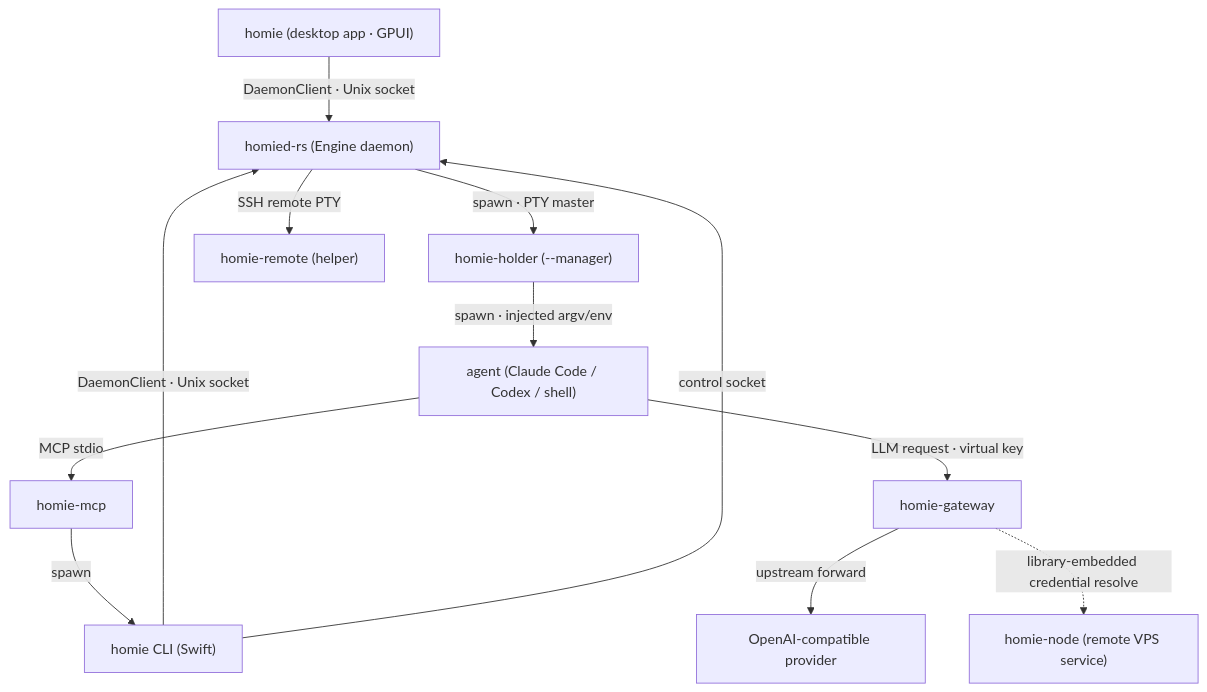
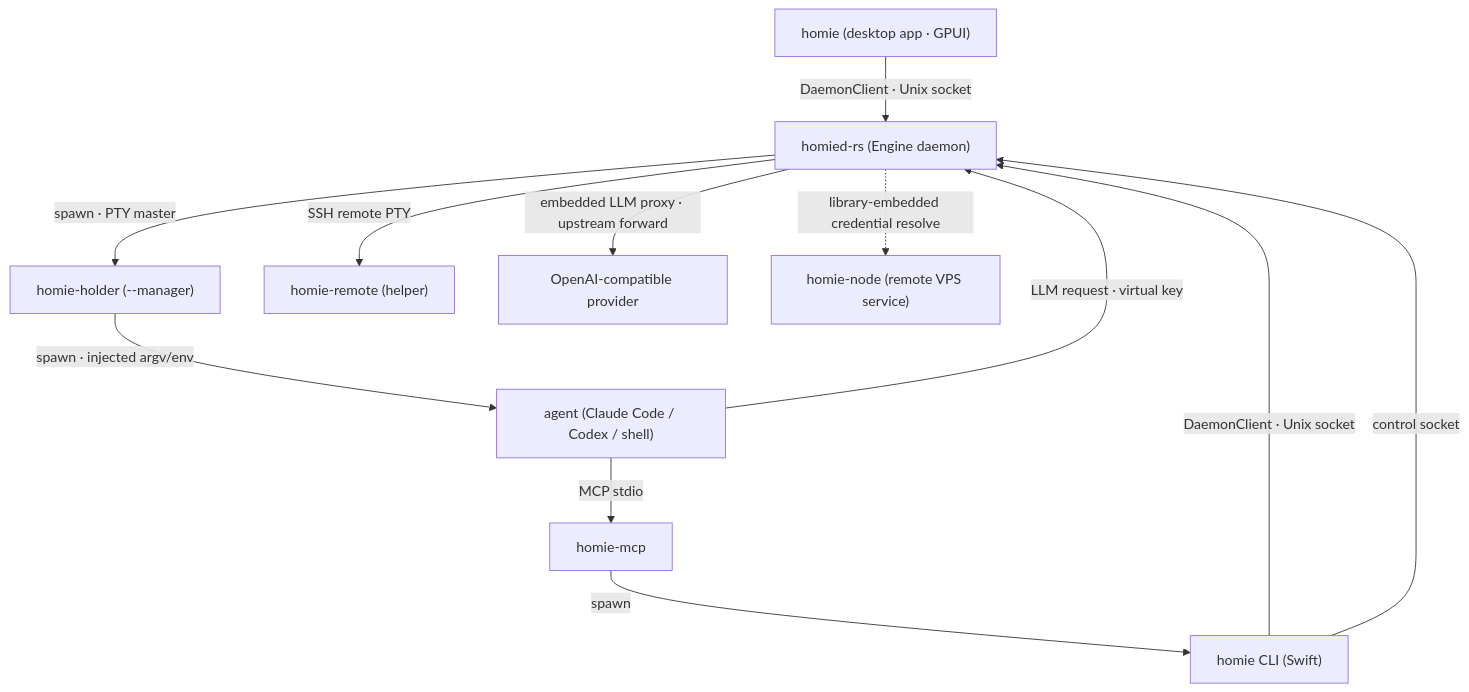
The first of 7 diagrams in README.md (superops-team/homie), drawn with Mermaid before and after one commit. The commit also changed other lines of this file and 31 other files, not shown here.

First line of the commit message:
feat(gateway): embed LLM proxy in daemon + converge to OpenAI-only

````diff
--- a/README.md
+++ b/README.md
@@ -35,18 +37,18 @@
 ```mermaid
 graph TD
     App["homie (desktop app · GPUI)"] -->|"DaemonClient · Unix socket"| Daemon["homied-rs (Engine daemon)"]
     CLI["homie CLI (Swift)"] -->|"DaemonClient · Unix socket"| Daemon
 
     Daemon -->|"spawn · PTY master"| Holder["homie-holder (--manager)"]
     Holder -->|"spawn · injected argv/env"| Agent["agent (Claude Code / Codex / shell)"]
 
     Agent -->|"MCP stdio"| MCP["homie-mcp"]
     MCP -->|"spawn"| CLI
     CLI -->|"control socket"| Daemon
 
     Daemon -->|"SSH remote PTY"| Remote["homie-remote (helper)"]
 
-    Agent -->|"LLM request · virtual key"| GW["homie-gateway"]
-    GW -->|"upstream forward"| Provider["OpenAI-compatible provider"]
-    GW -.->|"library-embedded credential resolve"| Node["homie-node (remote VPS service)"]
+    Agent -->|"LLM request · virtual key"| Daemon
+    Daemon -->|"embedded LLM proxy · upstream forward"| Provider["OpenAI-compatible provider"]
+    Daemon -.->|"library-embedded credential resolve"| Node["homie-node (remote VPS service)"]
 ```
````
